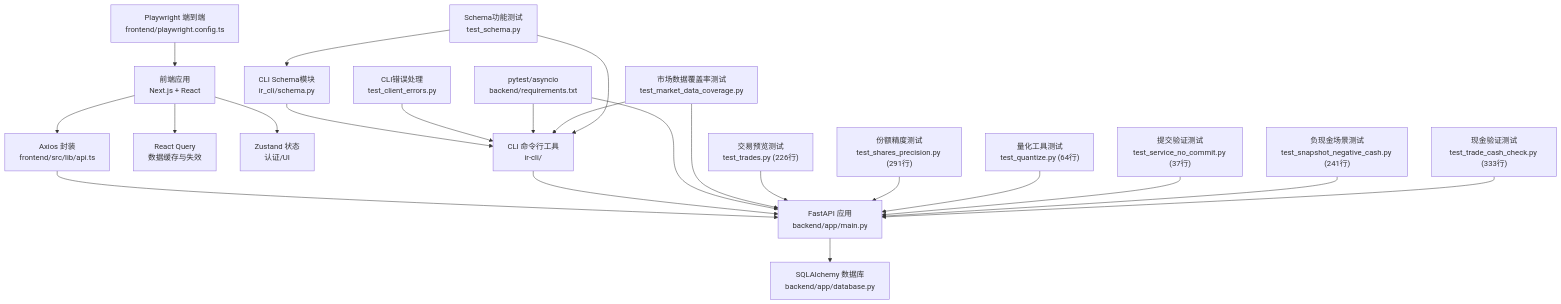
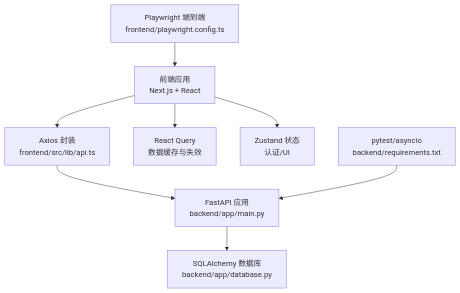
One commit to gujialind/InvestRing changed the second of 10 diagrams in .qoder/repowiki/zh/content/开发指南/测试策略/测试策略.md. Above: the diagram before and after it, drawn with Mermaid. The commit also changed other lines of this file and 65 other files, not shown here.

````diff
--- a/.qoder/repowiki/zh/content/开发指南/测试策略/测试策略.md
+++ b/.qoder/repowiki/zh/content/开发指南/测试策略/测试策略.md
@@ -206,43 +139,18 @@
 ```mermaid
 graph TB
 FE["前端应用<br/>Next.js + React"]
 AX["Axios 封装<br/>frontend/src/lib/api.ts"]
 RQ["React Query<br/>数据缓存与失效"]
 ZU["Zustand 状态<br/>认证/UI"]
-CLI["CLI 命令行工具<br/>ir-cli/"]
-SCHEMA["CLI Schema模块<br/>ir_cli/schema.py"]
-ERR_HAND["CLI错误处理<br/>test_client_errors.py"]
 BK["FastAPI 应用<br/>backend/app/main.py"]
 DB["SQLAlchemy 数据库<br/>backend/app/database.py"]
 PY["pytest/asyncio<br/>backend/requirements.txt"]
 PW["Playwright 端到端<br/>frontend/playwright.config.ts"]
-MDC["市场数据覆盖率测试<br/>test_market_data_coverage.py"]
-T_SCHEMA["Schema功能测试<br/>test_schema.py"]
-T_TRADES["交易预览测试<br/>test_trades.py (226行)"]
-T_PRECISION["份额精度测试<br/>test_shares_precision.py (291行)"]
-T_QUANTIZE["量化工具测试<br/>test_quantize.py (64行)"]
-T_NOCOMMIT["提交验证测试<br/>test_service_no_commit.py (37行)"]
-T_NEG_CASH["负现金场景测试<br/>test_snapshot_negative_cash.py (241行)"]
-T_CASH_CHECK["现金验证测试<br/>test_trade_cash_check.py (333行)"]
 FE --> AX
 AX --> BK
 FE --> RQ
 FE --> ZU
-CLI --> BK
-SCHEMA --> CLI
-ERR_HAND --> CLI
 BK --> DB
 PY --> BK
-PY --> CLI
 PW --> FE
-MDC --> BK
-MDC --> CLI
-T_SCHEMA --> SCHEMA
-T_SCHEMA --> CLI
-T_TRADES --> BK
-T_PRECISION --> BK
-T_QUANTIZE --> BK
-T_NOCOMMIT --> BK
-T_NEG_CASH --> BK
-T_CASH_CHECK --> BK
 ```
````
